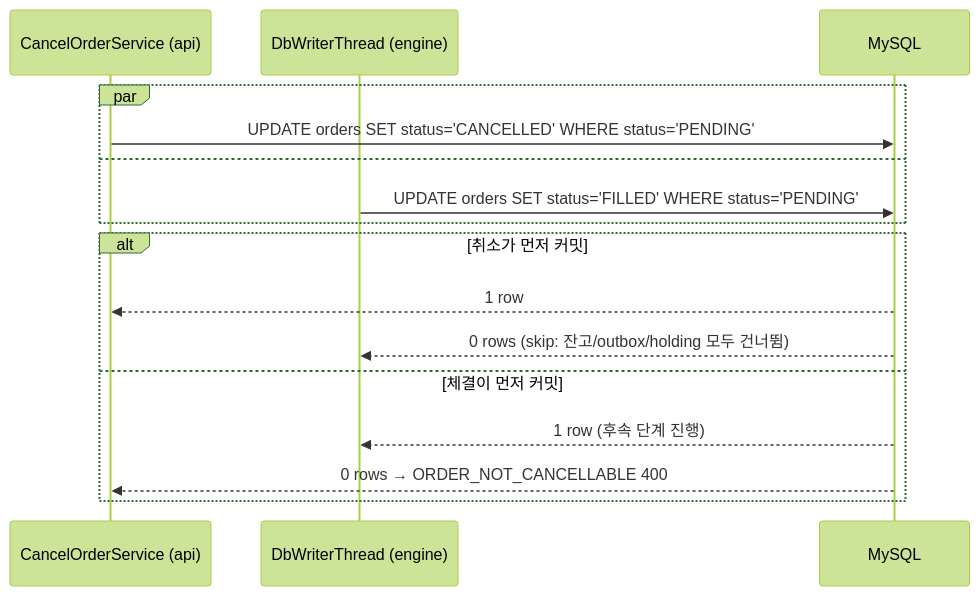
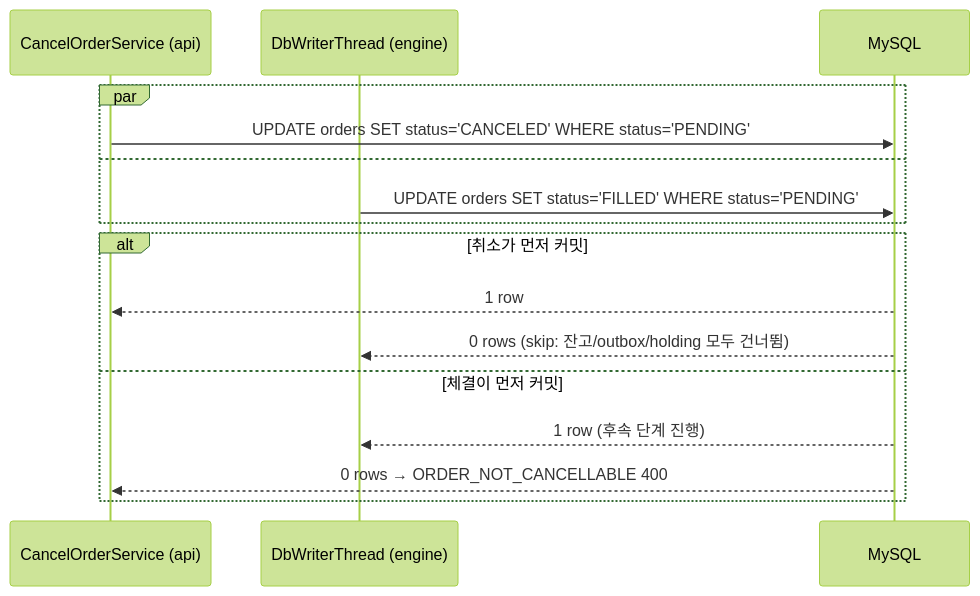
The third of 3 diagrams in api/docs/trading/pending-order-matching/plan.md (kim-se-hee/trypto), drawn with Mermaid (forest theme) before and after one commit. The commit also changed other lines of this file and 596 other files, not shown here.

````diff
--- a/api/docs/trading/pending-order-matching/plan.md
+++ b/api/docs/trading/pending-order-matching/plan.md
@@ -221,20 +221,20 @@
 ```mermaid
 sequenceDiagram
     participant Cancel as CancelOrderService (api)
     participant DbWriter as DbWriterThread (engine)
     participant MySQL
 
     par
-        Cancel->>MySQL: UPDATE orders SET status='CANCELLED' WHERE status='PENDING'
+        Cancel->>MySQL: UPDATE orders SET status='CANCELED' WHERE status='PENDING'
     and
         DbWriter->>MySQL: UPDATE orders SET status='FILLED' WHERE status='PENDING'
     end
 
     alt 취소가 먼저 커밋
         MySQL-->>Cancel: 1 row
         MySQL-->>DbWriter: 0 rows (skip: 잔고/outbox/holding 모두 건너뜀)
     else 체결이 먼저 커밋
         MySQL-->>DbWriter: 1 row (후속 단계 진행)
         MySQL-->>Cancel: 0 rows → ORDER_NOT_CANCELLABLE 400
     end
 ```
````
